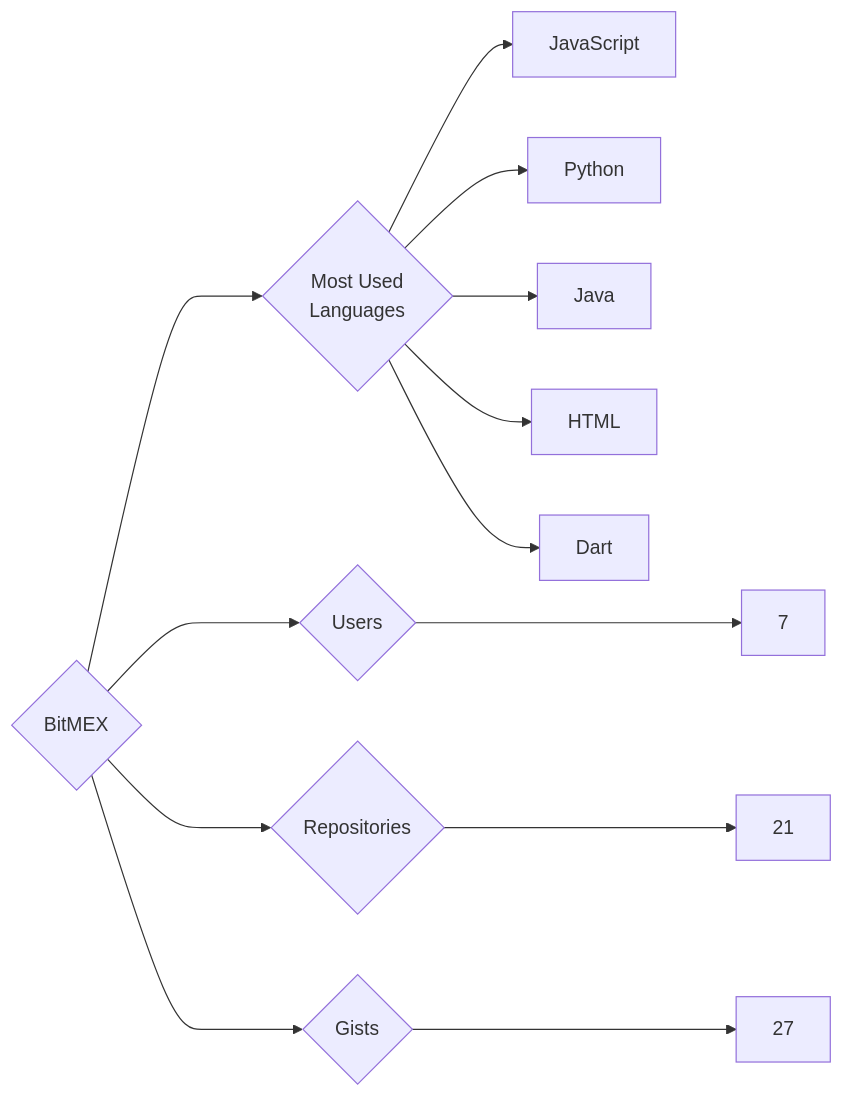
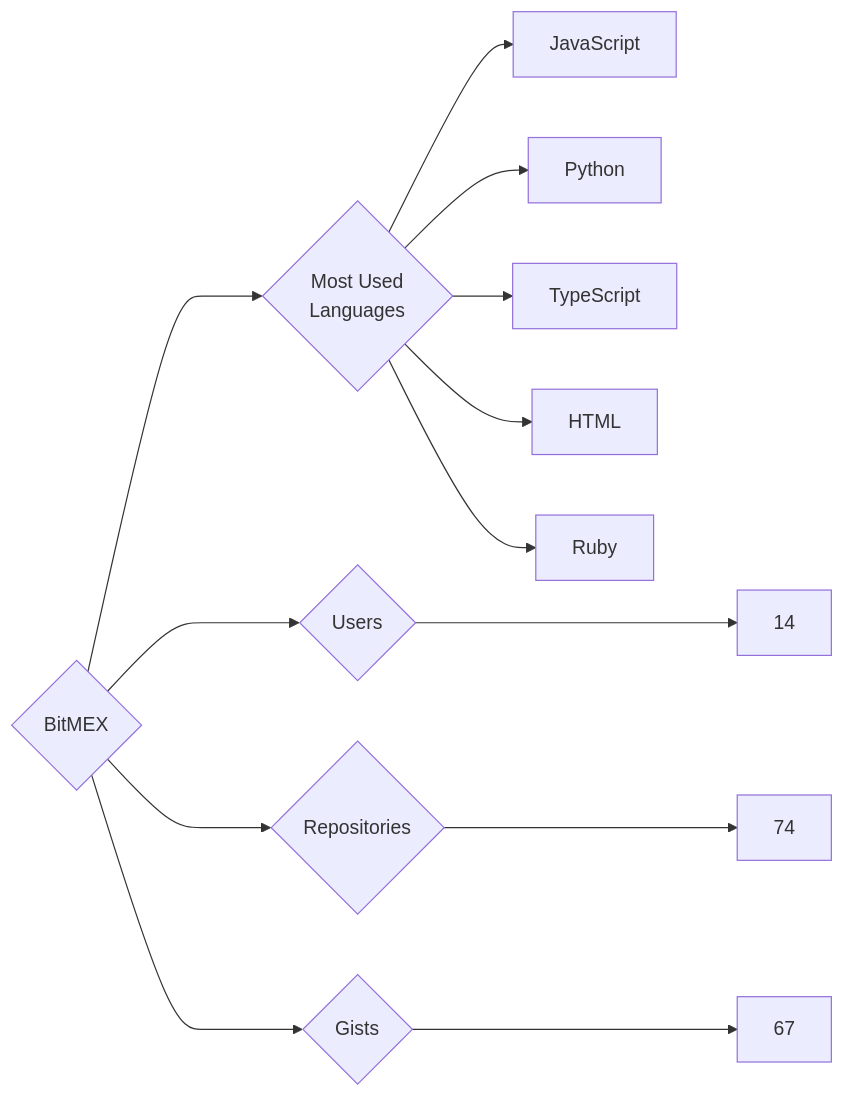
The diagram in targets/BitMEX/README.md (trickest/insiders), drawn with Mermaid before and after one commit. The commit also changed 1175 other files, not shown here.

````diff
--- a/targets/BitMEX/README.md
+++ b/targets/BitMEX/README.md
@@ -3,13 +3,13 @@
 ```mermaid
 graph LR
 COMPANY_NAME{BitMEX}
-COMPANY_NAME ---> U{Users} ---> UN[7]
-COMPANY_NAME ---> R{Repositories} ---> RN[21]
-COMPANY_NAME ---> G{Gists} ---> GN[27]
+COMPANY_NAME ---> U{Users} ---> UN[14]
+COMPANY_NAME ---> R{Repositories} ---> RN[74]
+COMPANY_NAME ---> G{Gists} ---> GN[67]
 COMPANY_NAME ---> ML{Most Used<br>Languages}
 ML --> JavaScript[JavaScript]
 ML --> Python[Python]
-ML --> Java[Java]
+ML --> TypeScript[TypeScript]
 ML --> HTML[HTML]
-ML --> Dart[Dart]
+ML --> Ruby[Ruby]
 ```
````
